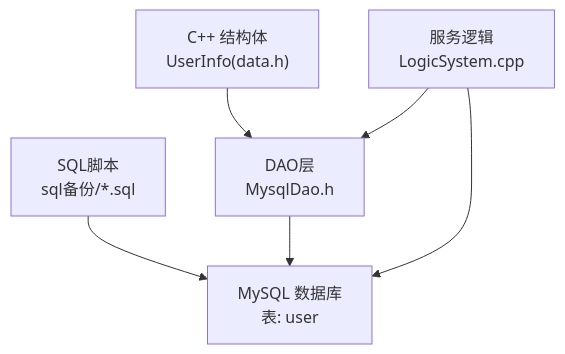
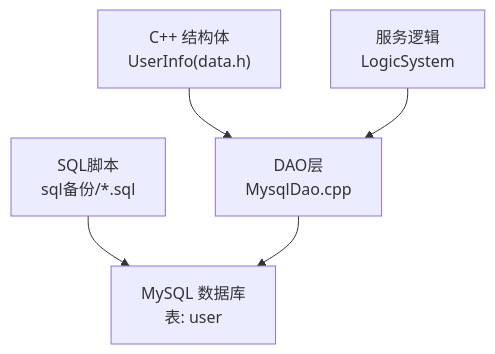
One commit to echo9923/mychatter changed the first of 6 diagrams in .qoder/repowiki/zh/content/数据库设计/数据库表结构/用户信息表(user).md. Above: the diagram before and after it, drawn with Mermaid. The commit also changed other lines of this file and 58 other files, not shown here.

````diff
--- a/.qoder/repowiki/zh/content/数据库设计/数据库表结构/用户信息表(user).md
+++ b/.qoder/repowiki/zh/content/数据库设计/数据库表结构/用户信息表(user).md
@@ -34,8 +43,7 @@
 ```mermaid
 graph TB
 A["SQL脚本<br/>sql备份/*.sql"] --> B["MySQL 数据库<br/>表: user"]
-C["C++ 结构体<br/>UserInfo(data.h)"] --> D["DAO层<br/>MysqlDao.h"]
-E["服务逻辑<br/>LogicSystem.cpp"] --> D
+C["C++ 结构体<br/>UserInfo(data.h)"] --> D["DAO层<br/>MysqlDao.cpp"]
+E["服务逻辑<br/>LogicSystem"] --> D
 D --> B
-E --> B
 ```
````
